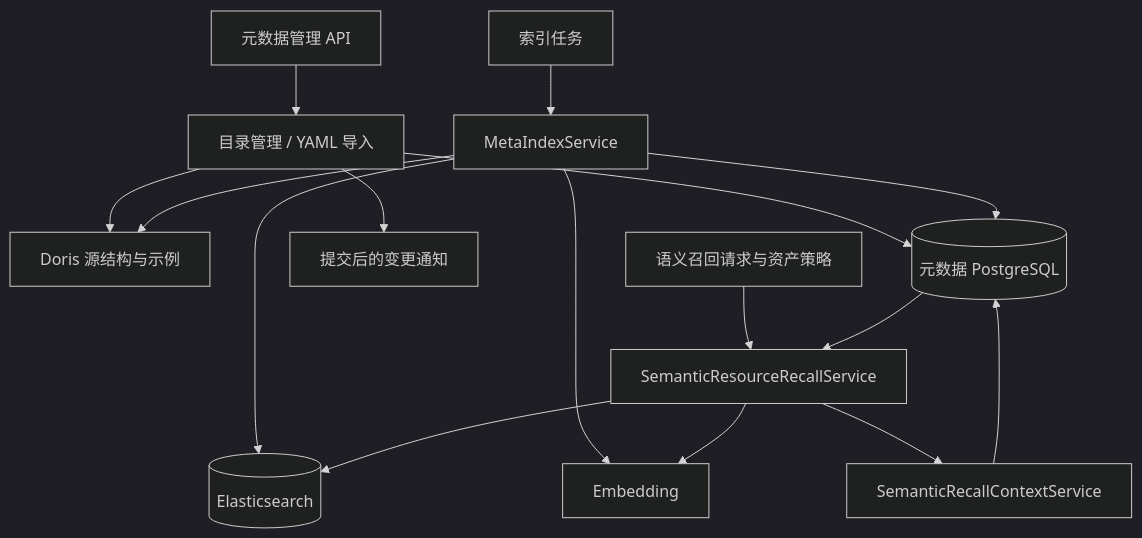
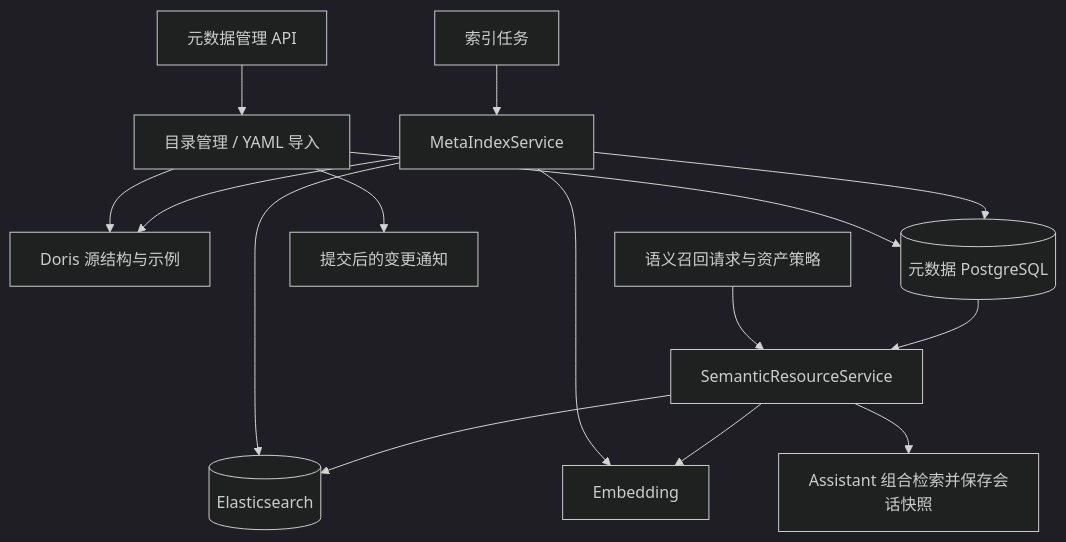
The diagram in docs/03_元数据与语义召回.md (2739673455/dataagent), drawn with Mermaid (dark theme) before and after one commit. The commit also changed other lines of this file and 257 other files, not shown here.

````diff
--- a/docs/03_元数据与语义召回.md
+++ b/docs/03_元数据与语义召回.md
@@ -7,18 +7,17 @@
 ```mermaid
 flowchart TD
     API[元数据管理 API] --> CATALOG[目录管理 / YAML 导入]
     CATALOG --> SOURCE[Doris 源结构与示例]
     CATALOG --> PG[(元数据 PostgreSQL)]
     CATALOG --> CHANGES[提交后的变更通知]
     TASK[索引任务] --> INDEX[MetaIndexService]
     INDEX --> PG
     INDEX --> SOURCE
     INDEX --> EMB[Embedding]
     INDEX --> ES[(Elasticsearch)]
-    REQUEST[语义召回请求与资产策略] --> SEARCH[SemanticResourceRecallService]
+    REQUEST[语义召回请求与资产策略] --> SEARCH[SemanticResourceService]
     PG --> SEARCH
     SEARCH --> ES
     SEARCH --> EMB
-    SEARCH --> CONTEXT[SemanticRecallContextService]
-    CONTEXT --> PG
+    SEARCH --> ASSIST[Assistant 组合检索并保存会话快照]
 ```
````
